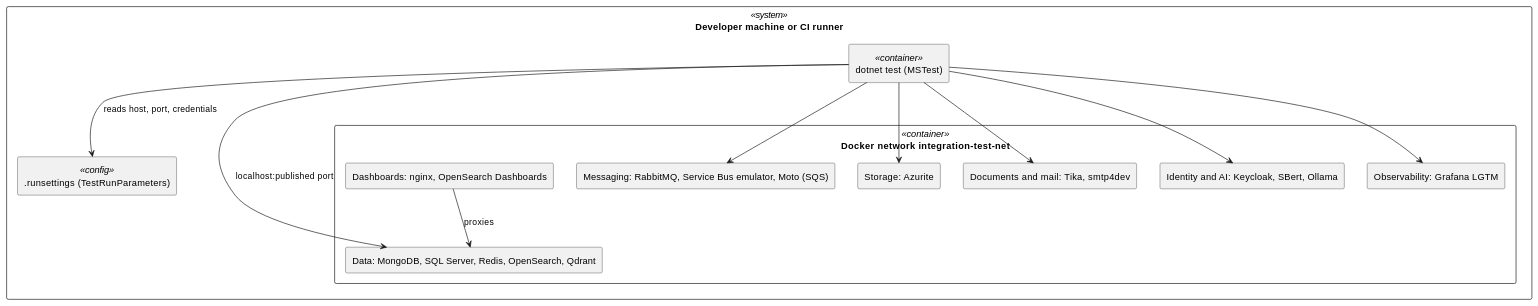
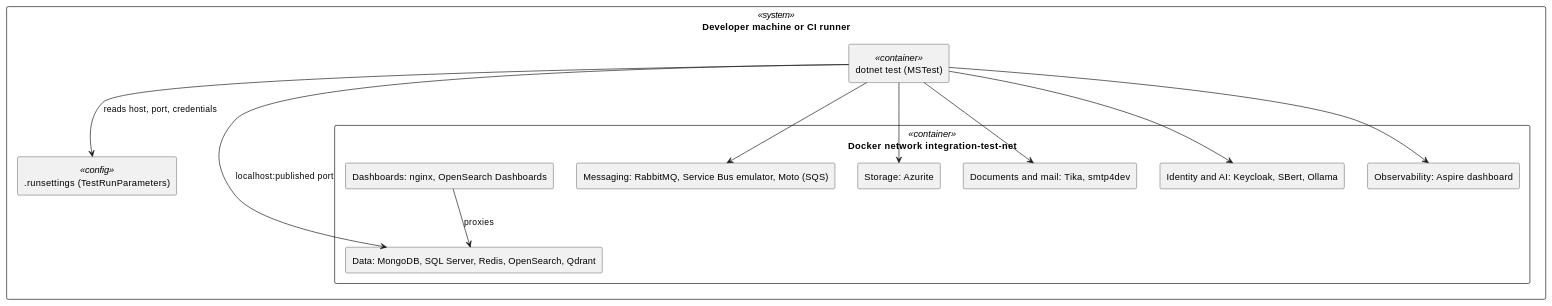
One commit to OutOfBandDevelopment/dotex changed the first of 2 diagrams in docs/architecture/testing/integration/docker-infrastructure.md. Above: the diagram before and after it, drawn with PlantUML. The commit also changed other lines of this file and 20 other files, not shown here.

Commit message:
Replace the Grafana LGTM test container with the Aspire dashboard and read telemetry back through its API

````diff
--- a/docs/architecture/testing/integration/docker-infrastructure.md
+++ b/docs/architecture/testing/integration/docker-infrastructure.md
@@ -18,26 +18,26 @@
 ```plantuml
 @startuml
 skinparam componentStyle rectangle
 rectangle "Developer machine or CI runner" as Host <<system>> {
   rectangle "dotnet test (MSTest)" as T <<container>>
   rectangle ".runsettings (TestRunParameters)" as RS <<config>>
   rectangle "Docker network integration-test-net" as Net <<container>> {
     rectangle "Data: MongoDB, SQL Server, Redis, OpenSearch, Qdrant" as Data
     rectangle "Messaging: RabbitMQ, Service Bus emulator, Moto (SQS)" as Msg
     rectangle "Storage: Azurite" as Stor
     rectangle "Documents and mail: Tika, smtp4dev" as Doc
     rectangle "Identity and AI: Keycloak, SBert, Ollama" as IdAi
-    rectangle "Observability: Grafana LGTM" as Obs
+    rectangle "Observability: Aspire dashboard" as Obs
     rectangle "Dashboards: nginx, OpenSearch Dashboards" as Dash
   }
 }
 T --> RS : reads host, port, credentials
 T --> Data : localhost:published port
 T --> Msg
 T --> Stor
 T --> Doc
 T --> IdAi
 T --> Obs
 Dash --> Data : proxies
 @enduml
 ```
````
